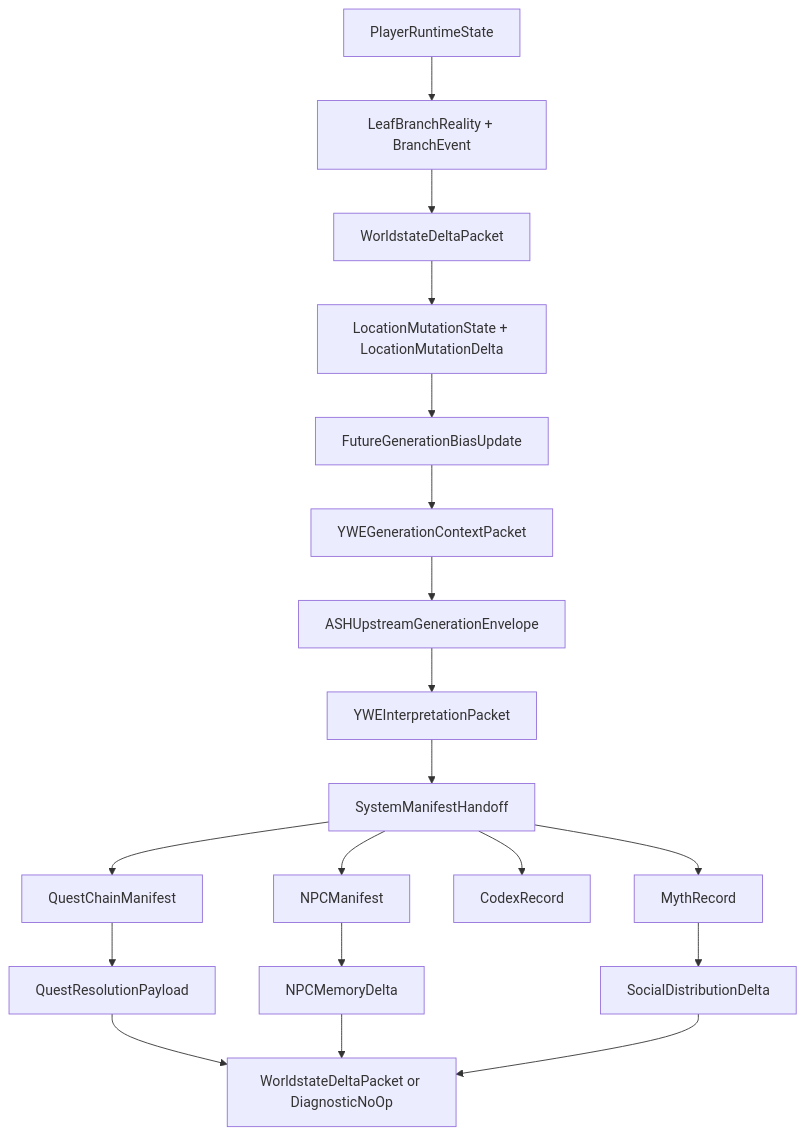
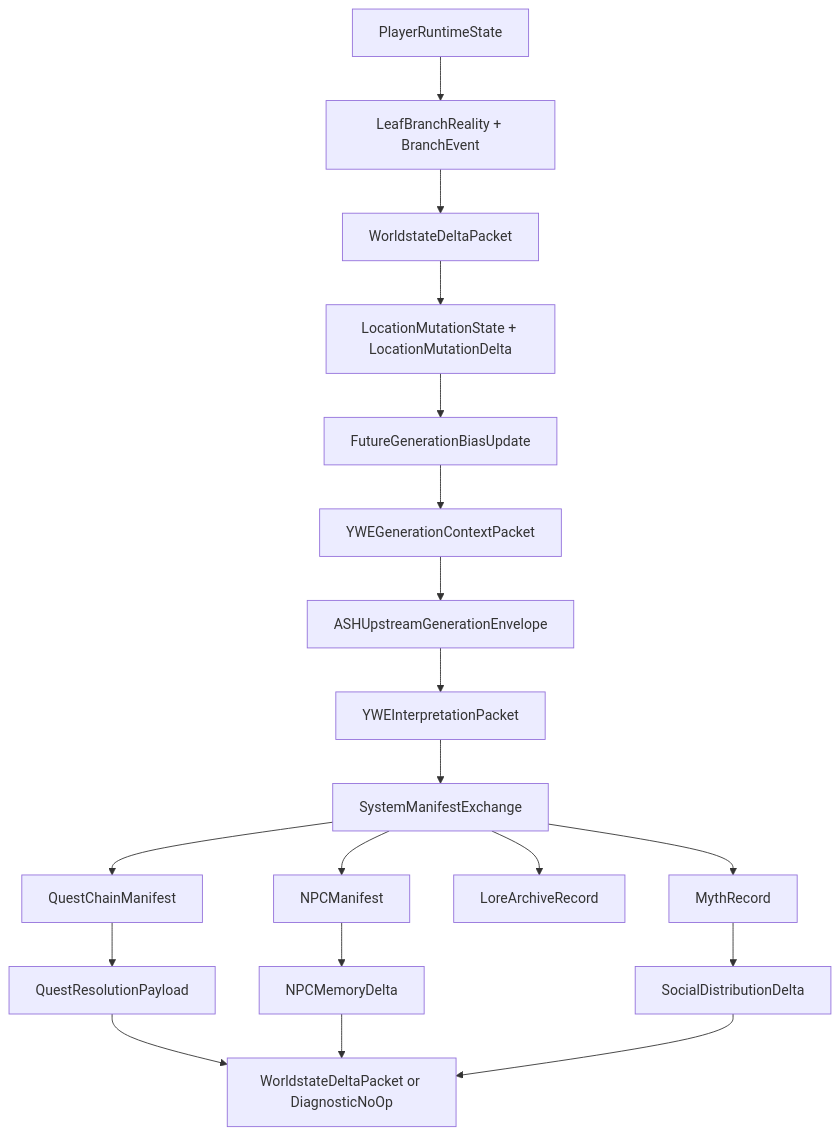
Before and after one commit to flynn33/yggdrasil-world-engine: the first of 2 diagrams in docs/architecture/quest_npc_lore_generation_v1.md, drawn with Mermaid. The commit also changed other lines of this file and 199 other files, not shown here.

````diff
--- a/docs/architecture/quest_npc_lore_generation_v1.md
+++ b/docs/architecture/quest_npc_lore_generation_v1.md
@@ -68,39 +68,39 @@
 ```mermaid
 flowchart TD
   Player["PlayerRuntimeState"]
   Branch["LeafBranchReality + BranchEvent"]
   Worldstate["WorldstateDeltaPacket"]
   Location["LocationMutationState + LocationMutationDelta"]
   Bias["FutureGenerationBiasUpdate"]
   Context["YWEGenerationContextPacket"]
   ASH["ASHUpstreamGenerationEnvelope"]
   Interpret["YWEInterpretationPacket"]
-  Handoff["SystemManifestHandoff"]
+  Transition["SystemManifestExchange"]
   Quest["QuestChainManifest"]
   NPC["NPCManifest"]
-  Lore["CodexRecord"]
+  Lore["LoreArchiveRecord"]
   Myth["MythRecord"]
   Resolution["QuestResolutionPayload"]
   Memory["NPCMemoryDelta"]
   Social["SocialDistributionDelta"]
   NewDelta["WorldstateDeltaPacket or DiagnosticNoOp"]
 
   Player --> Branch
   Branch --> Worldstate
   Worldstate --> Location
   Location --> Bias
   Bias --> Context
   Context --> ASH
   ASH --> Interpret
-  Interpret --> Handoff
-  Handoff --> Quest
-  Handoff --> NPC
-  Handoff --> Lore
-  Handoff --> Myth
+  Interpret --> Transition
+  Transition --> Quest
+  Transition --> NPC
+  Transition --> Lore
+  Transition --> Myth
   Quest --> Resolution
   NPC --> Memory
   Myth --> Social
   Resolution --> NewDelta
   Memory --> NewDelta
   Social --> NewDelta
 ```
````
